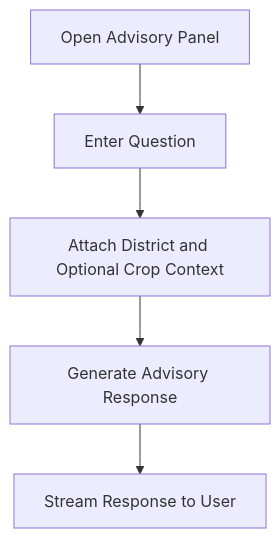
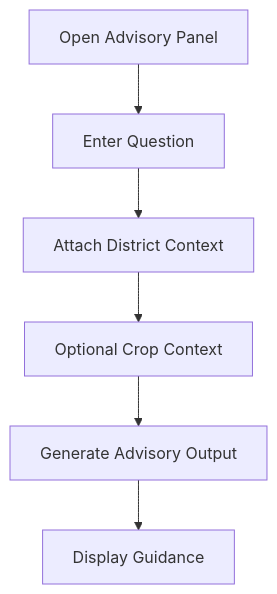
The third of 7 diagrams in docs/Projects/FasalMitra/03-user-journeys.md (SAMxENGINEER/ALL_DOCUMENTATIONS-), drawn with Mermaid before and after one commit. The commit also changed other lines of this file and 4 other files, not shown here.

Commit message:
refactor: enhance FasalMitra documentation with detailed user journeys, service contracts, and architectural insights

````diff
--- a/docs/Projects/FasalMitra/03-user-journeys.md
+++ b/docs/Projects/FasalMitra/03-user-journeys.md
@@ -33,7 +65,8 @@
 ```mermaid
 flowchart TD
     A[Open Advisory Panel] --> B[Enter Question]
-    B --> C[Attach District and Optional Crop Context]
-    C --> D[Generate Advisory Response]
-    D --> E[Stream Response to User]
+    B --> C[Attach District Context]
+    C --> D[Optional Crop Context]
+    D --> E[Generate Advisory Output]
+    E --> F[Display Guidance]
 ```
````
